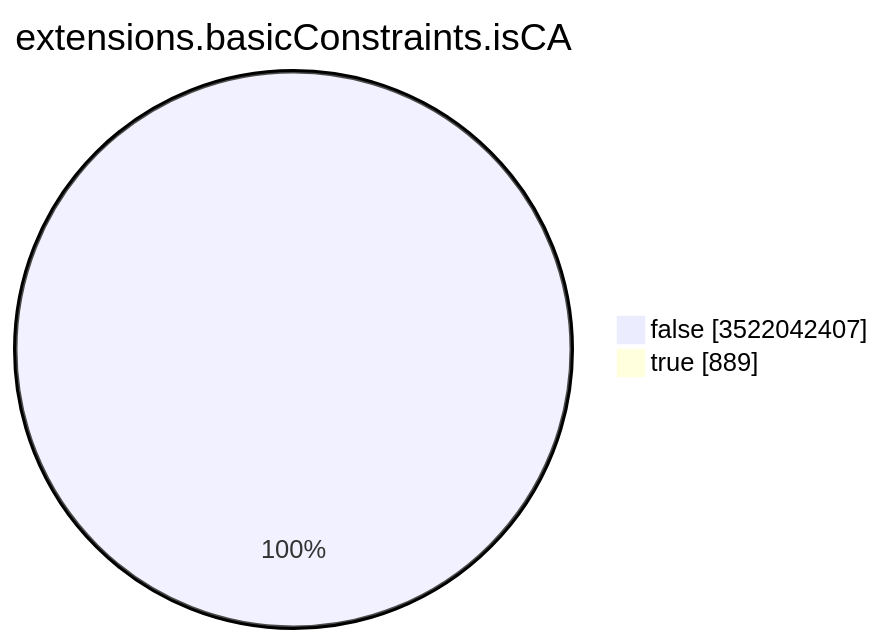
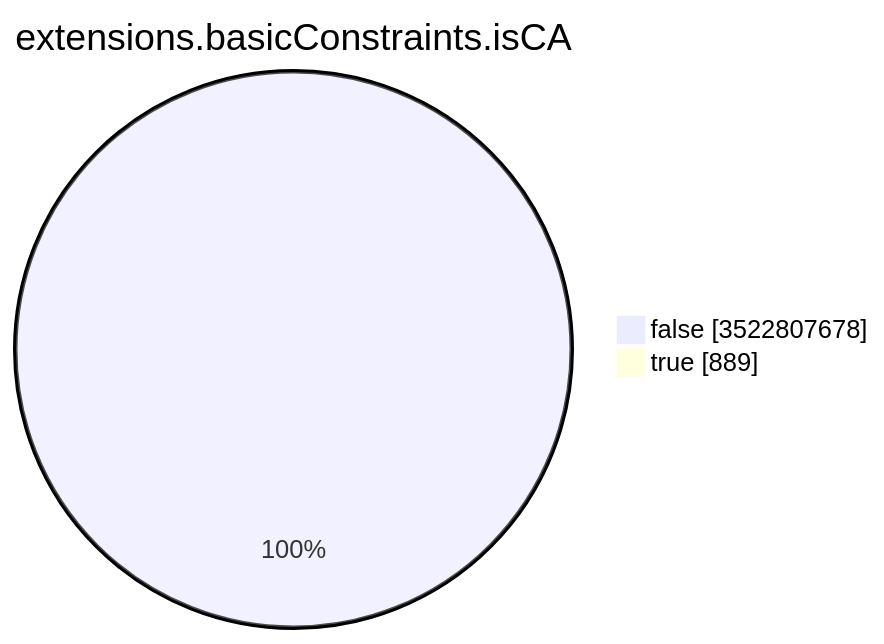
Before and after one commit to christiankrug/ctmonitor_visualization: the seventh of 15 diagrams in TOTAL/README.md, drawn with Mermaid. The commit also changed other lines of this file, not shown here.

````diff
--- a/TOTAL/README.md
+++ b/TOTAL/README.md
@@ -3094,6 +3094,6 @@
 ```mermaid
 pie showData
 title extensions.basicConstraints.isCA
-"false" :3522042407
+"false" :3522807678
 "true" :889
 ```
````
